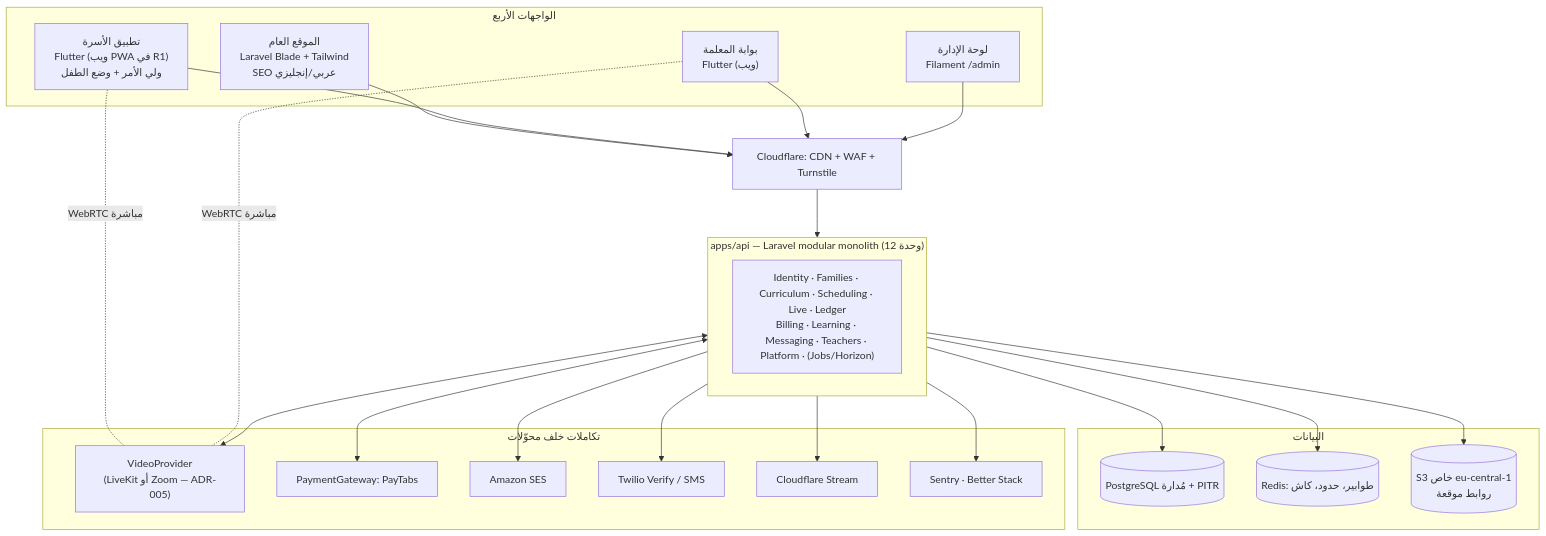
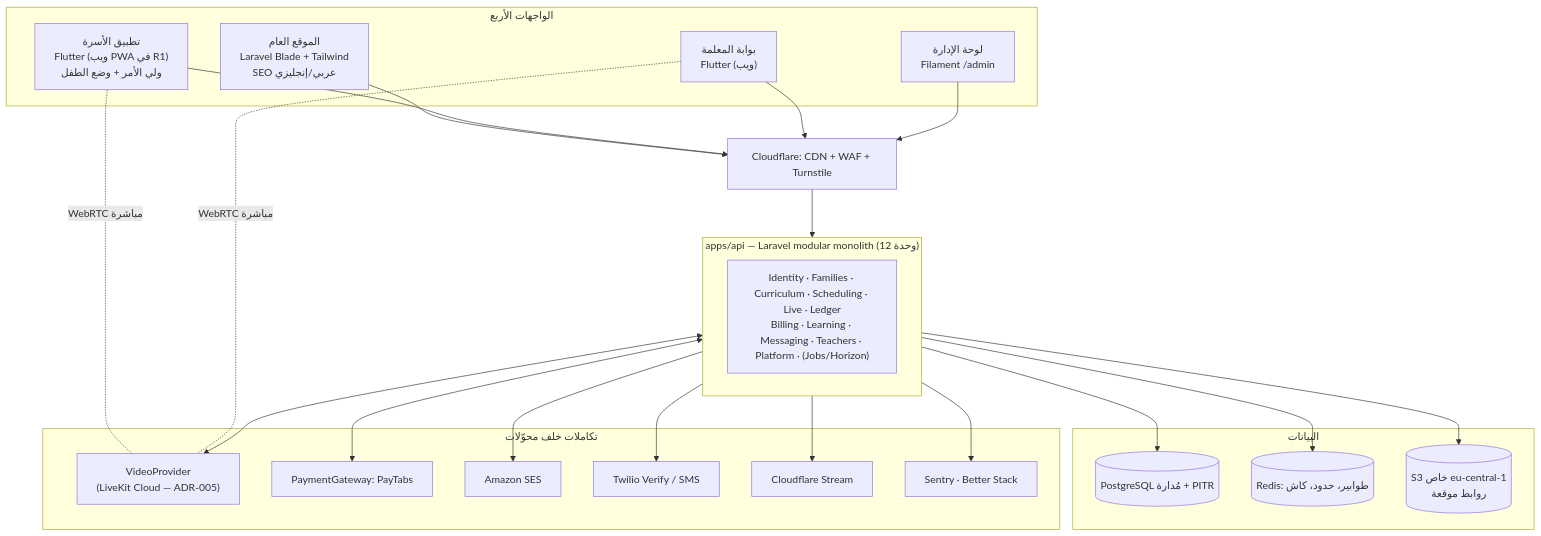
One commit to abd0175149-droid/Sura-academy changed the diagram in docs/02-architecture/architecture.md. Above: the diagram before and after it, drawn with Mermaid. The commit also changed 8 other files, not shown here.

````diff
--- a/docs/02-architecture/architecture.md
+++ b/docs/02-architecture/architecture.md
@@ -7,32 +7,32 @@
 ```mermaid
 flowchart TB
   subgraph Clients["الواجهات الأربع"]
     SITE["الموقع العام<br/>Laravel Blade + Tailwind<br/>SEO عربي/إنجليزي"]
     FAMILY["تطبيق الأسرة<br/>Flutter (ويب PWA في R1)<br/>ولي الأمر + وضع الطفل"]
     TEACHER["بوابة المعلمة<br/>Flutter (ويب)"]
     ADMIN["لوحة الإدارة<br/>Filament /admin"]
   end
   CF["Cloudflare: CDN + WAF + Turnstile"]
   subgraph API["apps/api — Laravel modular monolith (12 وحدة)"]
     MODS["Identity · Families · Curriculum · Scheduling · Live · Ledger<br/>Billing · Learning · Messaging · Teachers · Platform · (Jobs/Horizon)"]
   end
   subgraph Data["البيانات"]
     PG[("PostgreSQL مُدارة + PITR")]
     REDIS[("Redis: طوابير، حدود، كاش")]
     S3[("S3 خاص eu-central-1<br/>روابط موقعة")]
   end
   subgraph Ext["تكاملات خلف محوّلات"]
-    VID["VideoProvider<br/>(LiveKit أو Zoom — ADR-005)"]
+    VID["VideoProvider<br/>(LiveKit Cloud — ADR-005)"]
     PAY["PaymentGateway: PayTabs"]
     MAIL["Amazon SES"]
     SMS["Twilio Verify / SMS"]
     STREAM["Cloudflare Stream"]
     OBS["Sentry · Better Stack"]
   end
   SITE & FAMILY & TEACHER & ADMIN --> CF --> API
   API --> PG & REDIS & S3
   API <--> VID & PAY
   API --> MAIL & SMS & STREAM & OBS
   FAMILY -. "WebRTC مباشرة" .- VID
   TEACHER -. "WebRTC مباشرة" .- VID
 ```
````
